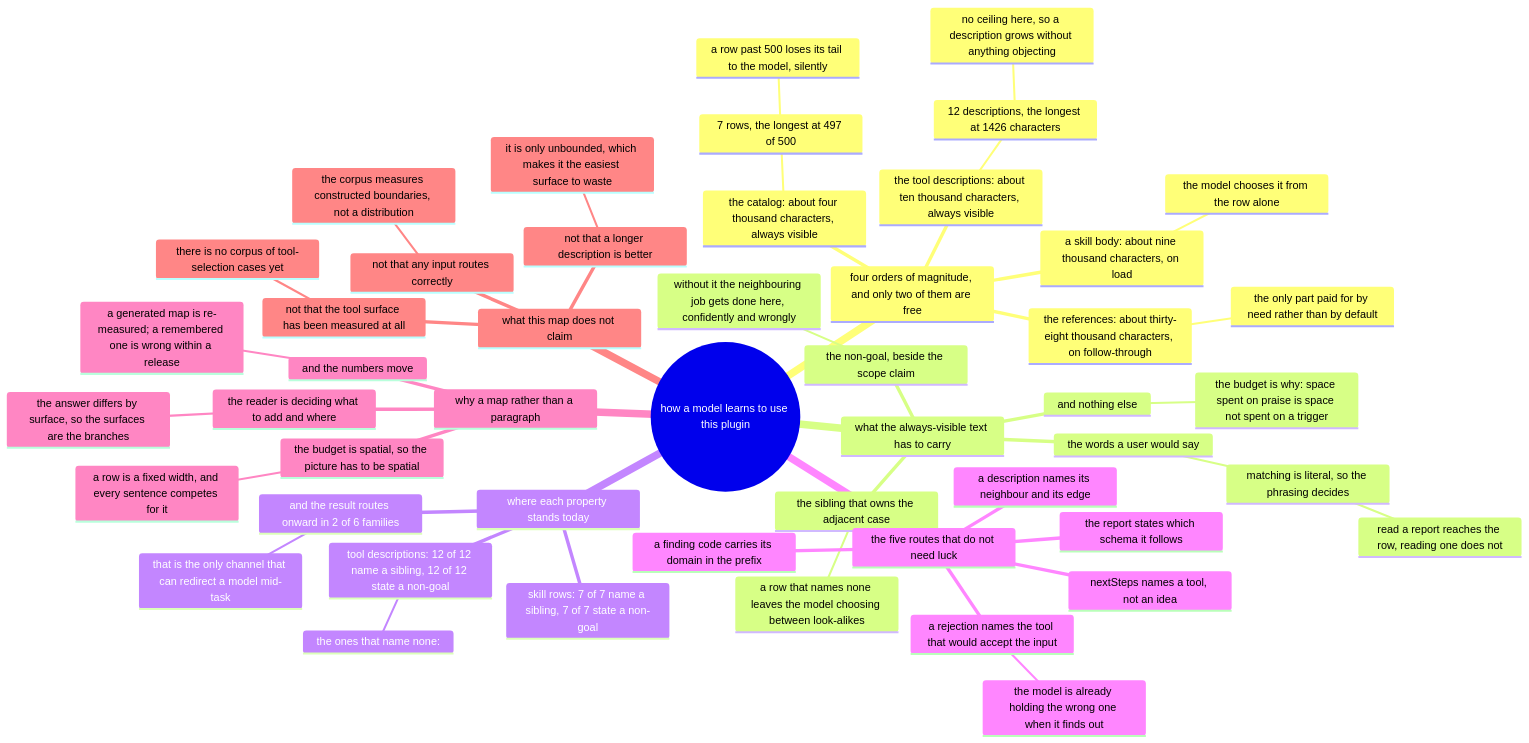
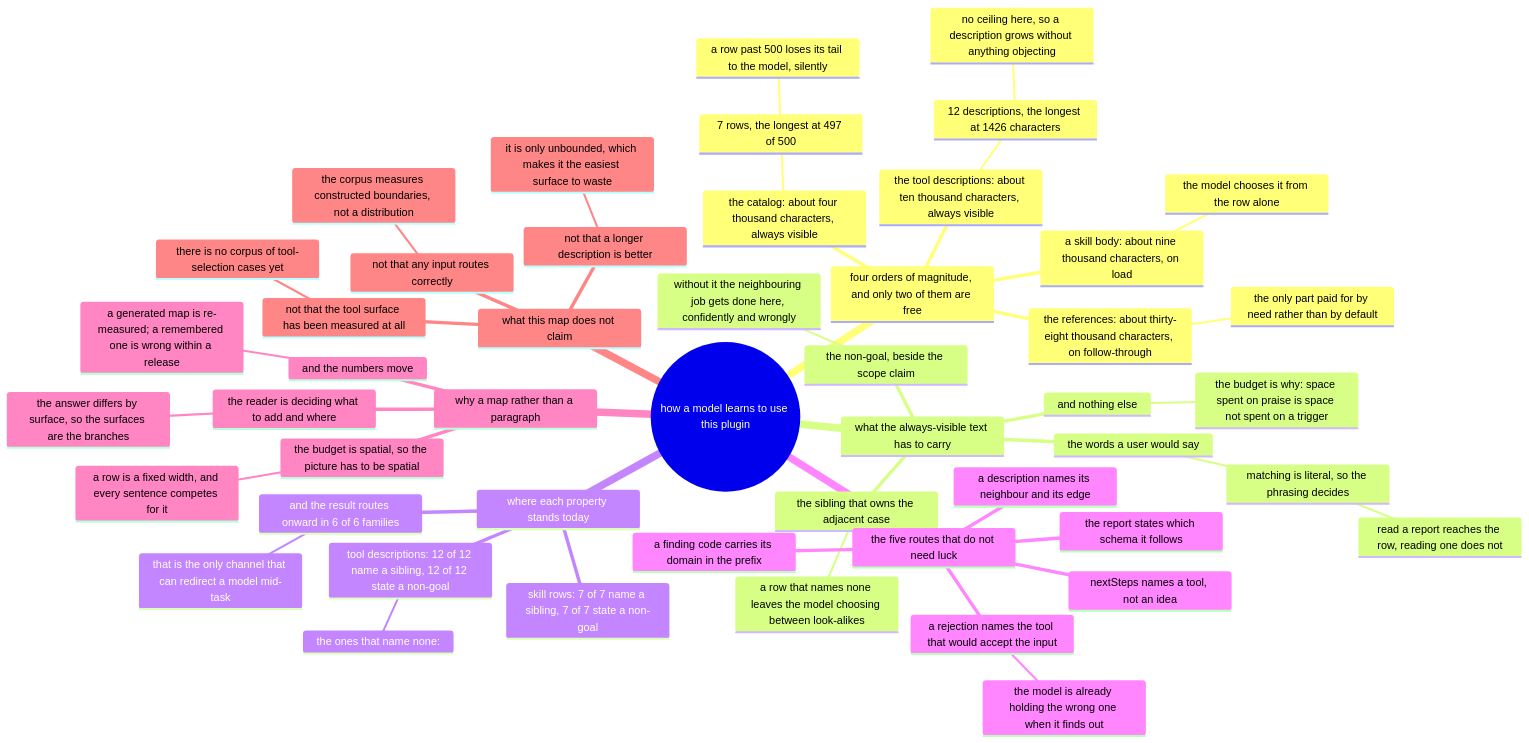
One commit to AmethystLuna/dsh-model-everything changed the diagram in docs/toolset/mindmap.mmd. Above: the diagram before and after it, drawn with Mermaid. The commit also changed 25 other files, not shown here.

```diff
--- a/docs/toolset/mindmap.mmd
+++ b/docs/toolset/mindmap.mmd
@@ -1,50 +1,50 @@
 mindmap
 root((how a model learns to use this plugin))
   four orders of magnitude, and only two of them are free
     the catalog: about four thousand characters, always visible
       7 rows, the longest at 497 of 500
         a row past 500 loses its tail to the model, silently
     the tool descriptions: about ten thousand characters, always visible
       12 descriptions, the longest at 1426 characters
         no ceiling here, so a description grows without anything objecting
     a skill body: about nine thousand characters, on load
       the model chooses it from the row alone
     the references: about thirty-eight thousand characters, on follow-through
       the only part paid for by need rather than by default
   what the always-visible text has to carry
     the words a user would say
       matching is literal, so the phrasing decides
         read a report reaches the row, reading one does not
     the sibling that owns the adjacent case
       a row that names none leaves the model choosing between look-alikes
     the non-goal, beside the scope claim
       without it the neighbouring job gets done here, confidently and wrongly
     and nothing else
       the budget is why: space spent on praise is space not spent on a trigger
   where each property stands today
     skill rows: 7 of 7 name a sibling, 7 of 7 state a non-goal
     tool descriptions: 12 of 12 name a sibling, 12 of 12 state a non-goal
       the ones that name none: 
-    and the result routes onward in 2 of 6 families
+    and the result routes onward in 6 of 6 families
       that is the only channel that can redirect a model mid-task
   the five routes that do not need luck
     a rejection names the tool that would accept the input
       the model is already holding the wrong one when it finds out
     nextSteps names a tool, not an idea
     a finding code carries its domain in the prefix
     the report states which schema it follows
     a description names its neighbour and its edge
   why a map rather than a paragraph
     the budget is spatial, so the picture has to be spatial
       a row is a fixed width, and every sentence competes for it
     the reader is deciding what to add and where
       the answer differs by surface, so the surfaces are the branches
     and the numbers move
       a generated map is re-measured; a remembered one is wrong within a release
   what this map does not claim
     not that any input routes correctly
       the corpus measures constructed boundaries, not a distribution
     not that the tool surface has been measured at all
       there is no corpus of tool-selection cases yet
     not that a longer description is better
       it is only unbounded, which makes it the easiest surface to waste
```
